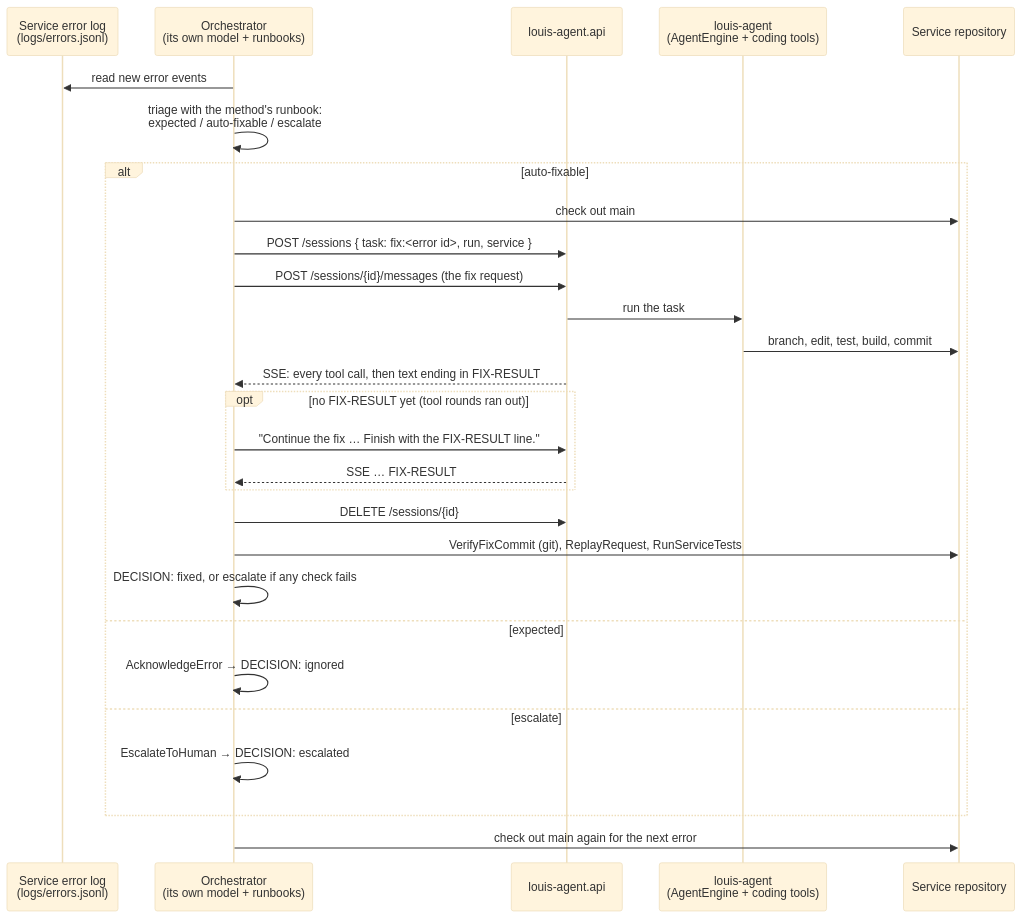
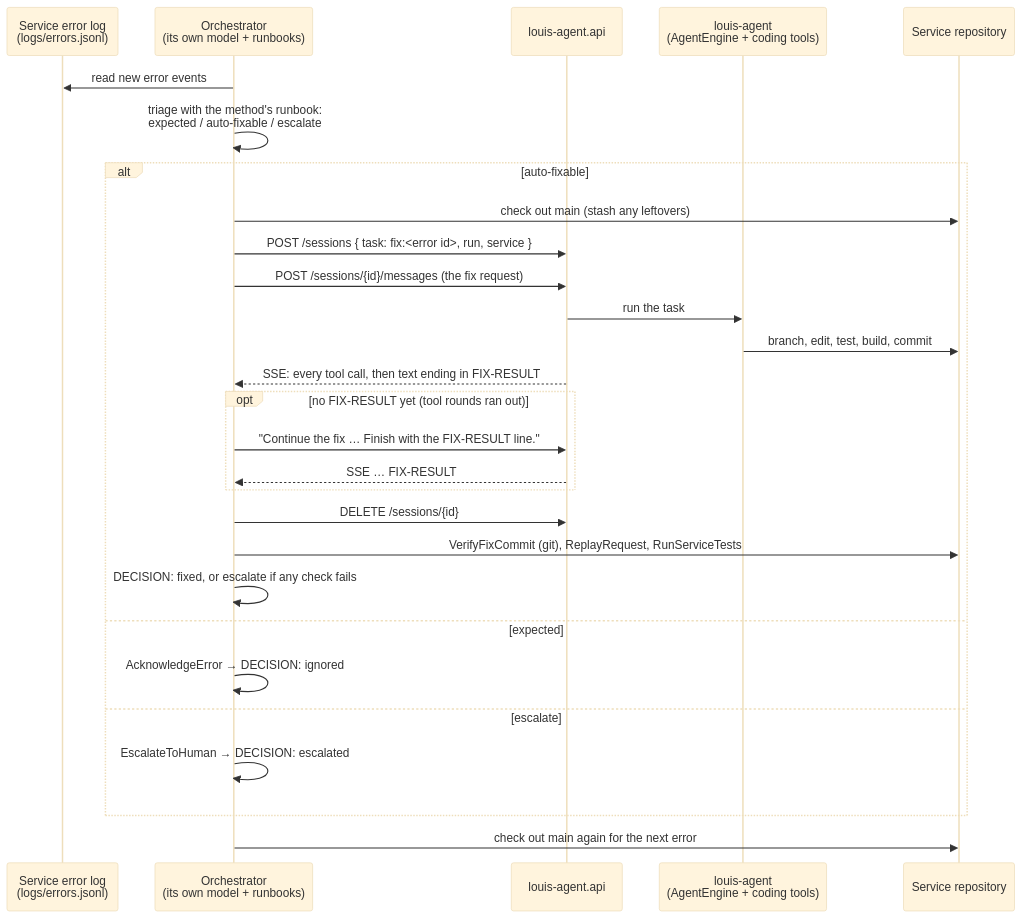
Before and after one commit to bosbevk/louis-agent: the third of 3 diagrams in docs/AGENT_COMMUNICATION.md, drawn with Mermaid (base theme). The commit also changed other lines of this file, not shown here.

First line of the commit message:
docs: bring AGENT_COMMUNICATION in step with main

````diff
--- a/docs/AGENT_COMMUNICATION.md
+++ b/docs/AGENT_COMMUNICATION.md
@@ -267,31 +278,31 @@
 ```mermaid
 sequenceDiagram
     participant Log as Service error log<br/>(logs/errors.jsonl)
     participant O as Orchestrator<br/>(its own model + runbooks)
     participant A as louis-agent.api
     participant L as louis-agent<br/>(AgentEngine + coding tools)
     participant G as Service repository
 
     O->>Log: read new error events
     O->>O: triage with the method's runbook:<br/>expected / auto-fixable / escalate
     alt auto-fixable
-        O->>G: check out main
+        O->>G: check out main (stash any leftovers)
         O->>A: POST /sessions { task: fix:<error id>, run, service }
         O->>A: POST /sessions/{id}/messages (the fix request)
         A->>L: run the task
         L->>G: branch, edit, test, build, commit
         A-->>O: SSE: every tool call, then text ending in FIX-RESULT
         opt no FIX-RESULT yet (tool rounds ran out)
             O->>A: "Continue the fix … Finish with the FIX-RESULT line."
             A-->>O: SSE … FIX-RESULT
         end
         O->>A: DELETE /sessions/{id}
         O->>G: VerifyFixCommit (git), ReplayRequest, RunServiceTests
         O->>O: DECISION: fixed, or escalate if any check fails
     else expected
         O->>O: AcknowledgeError → DECISION: ignored
     else escalate
         O->>O: EscalateToHuman → DECISION: escalated
     end
     O->>G: check out main again for the next error
 ```
````
